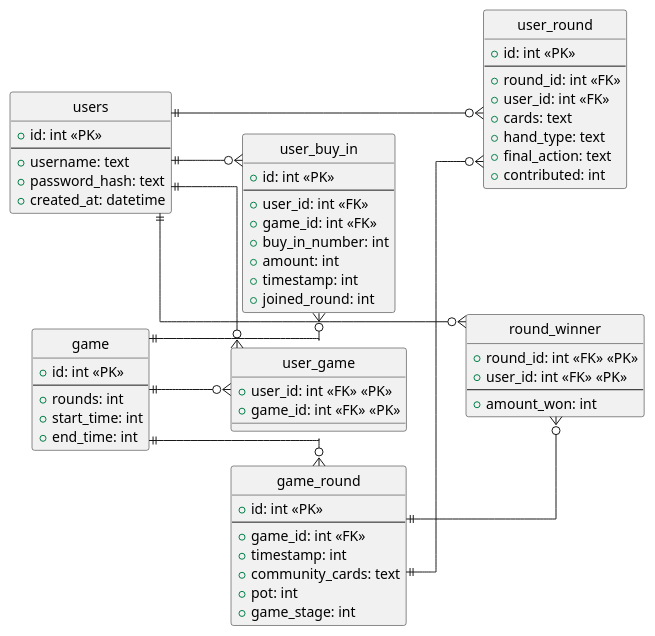
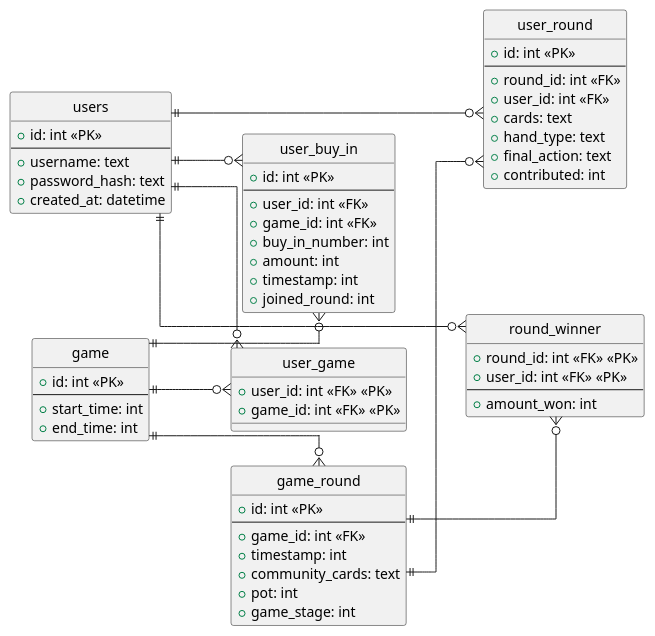
One commit to LilleAila/it1 changed the diagram in 18-poker/db.puml. Above: the diagram before and after it, drawn with PlantUML. The commit also changed 1 other file, not shown here.

Commit message:
remove rounds from db in diagram

```diff
--- a/18-poker/db.puml
+++ b/18-poker/db.puml
@@ -1,81 +1,80 @@
 @startuml
 left to right direction
 skinparam linetype ortho
 hide circle
 
 entity users {
   +id: int <<PK>>
   --
   +username: text
   +password_hash: text
   +created_at: datetime
 }
 
 entity game {
   +id: int <<PK>>
   --
-  +rounds: int
   +start_time: int
   +end_time: int
 }
 
 entity user_game {
   +user_id: int <<FK>> <<PK>>
   +game_id: int <<FK>> <<PK>>
 }
 
 entity user_buy_in {
   +id: int <<PK>>
   --
   +user_id: int <<FK>>
   +game_id: int <<FK>>
   +buy_in_number: int
   +amount: int
   +timestamp: int
   +joined_round: int
 }
 
 entity game_round {
   +id: int <<PK>>
   --
   +game_id: int <<FK>>
   +timestamp: int
   +community_cards: text
   +pot: int
   +game_stage: int
 }
 
 entity user_round {
   +id: int <<PK>>
   --
   +round_id: int <<FK>>
   +user_id: int <<FK>>
   +cards: text
   +hand_type: text
   +final_action: text
   +contributed: int
 }
 
 entity round_winner {
   +round_id: int <<FK>> <<PK>>
   +user_id: int <<FK>> <<PK>>
   --
   +amount_won: int
 }
 
 ' Relationships
 users ||--o{ user_game
 game  ||--o{ user_game
 
 users ||--o{ user_buy_in
 game  ||--o{ user_buy_in
 
 game  ||--o{ game_round
 
 game_round ||--o{ user_round
 users      ||--o{ user_round
 
 game_round ||--o{ round_winner
 users      ||--o{ round_winner
 
 @enduml
```
